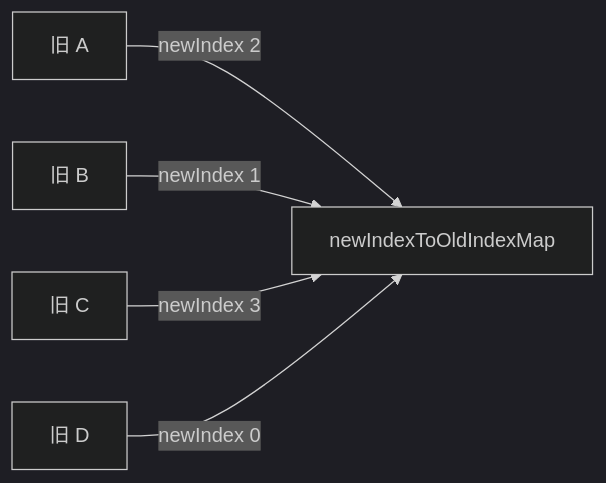
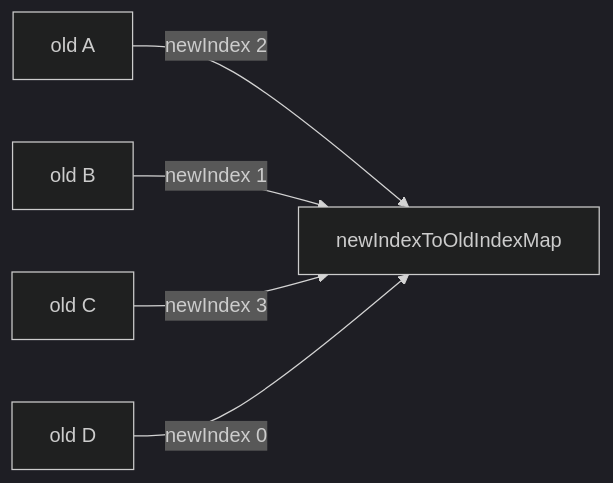
Diagram 13 of 17 in docs/vue/source/runtime-core/diff-algorithm-interview.md (Tajigaqzh/front_basic), drawn with Mermaid (dark theme) before and after one commit. The commit also changed other lines of this file and 11 other files, not shown here.

````diff
--- a/docs/vue/source/runtime-core/diff-algorithm-interview.md
+++ b/docs/vue/source/runtime-core/diff-algorithm-interview.md
@@ -539,7 +539,7 @@
 ```mermaid
 flowchart LR
-  OA[旧 A] -->|newIndex 2| M[newIndexToOldIndexMap]
-  OB[旧 B] -->|newIndex 1| M
-  OC[旧 C] -->|newIndex 3| M
-  OD[旧 D] -->|newIndex 0| M
+  OA["old A"] -->|newIndex 2| M["newIndexToOldIndexMap"]
+  OB["old B"] -->|newIndex 1| M
+  OC["old C"] -->|newIndex 3| M
+  OD["old D"] -->|newIndex 0| M
 ```
````
